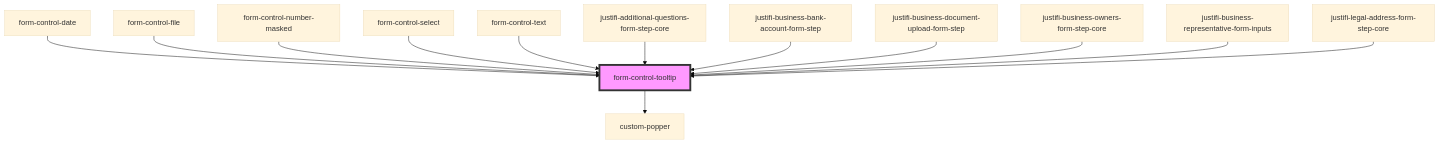
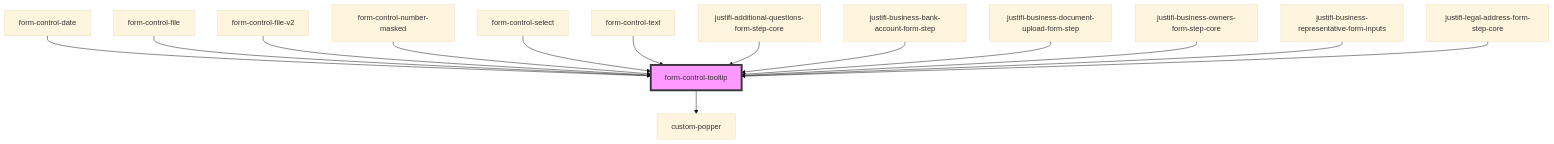
One commit to justifi-tech/web-component-library changed the diagram in packages/webcomponents/src/ui-components/form/form-helpers/form-control-tooltip/readme.md. Above: the diagram before and after it, drawn with Mermaid (base theme). The commit also changed other lines of this file and 3 other files, not shown here.

````diff
--- a/packages/webcomponents/src/ui-components/form/form-helpers/form-control-tooltip/readme.md
+++ b/packages/webcomponents/src/ui-components/form/form-helpers/form-control-tooltip/readme.md
@@ -45,16 +46,17 @@
 ```mermaid
 graph TD;
   form-control-tooltip --> custom-popper
   form-control-date --> form-control-tooltip
   form-control-file --> form-control-tooltip
+  form-control-file-v2 --> form-control-tooltip
   form-control-number-masked --> form-control-tooltip
   form-control-select --> form-control-tooltip
   form-control-text --> form-control-tooltip
   justifi-additional-questions-form-step-core --> form-control-tooltip
   justifi-business-bank-account-form-step --> form-control-tooltip
   justifi-business-document-upload-form-step --> form-control-tooltip
   justifi-business-owners-form-step-core --> form-control-tooltip
   justifi-business-representative-form-inputs --> form-control-tooltip
   justifi-legal-address-form-step-core --> form-control-tooltip
   style form-control-tooltip fill:#f9f,stroke:#333,stroke-width:4px
 ```
````
